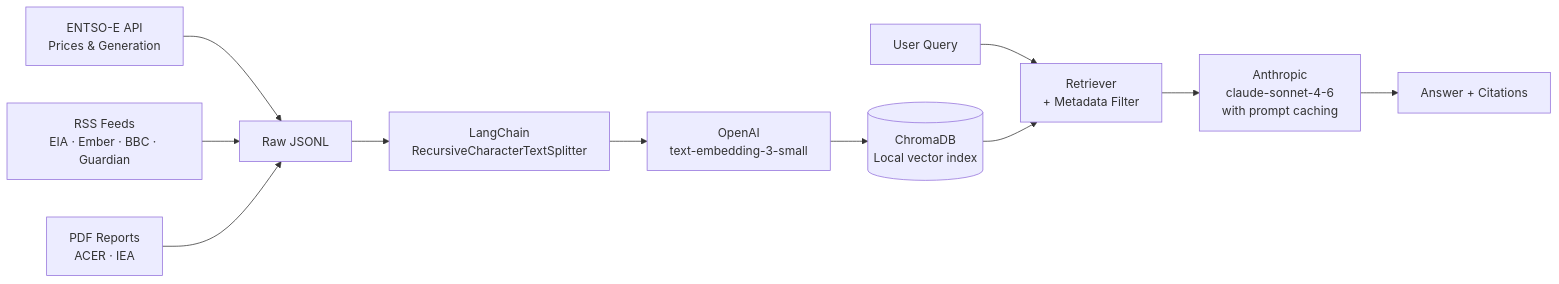
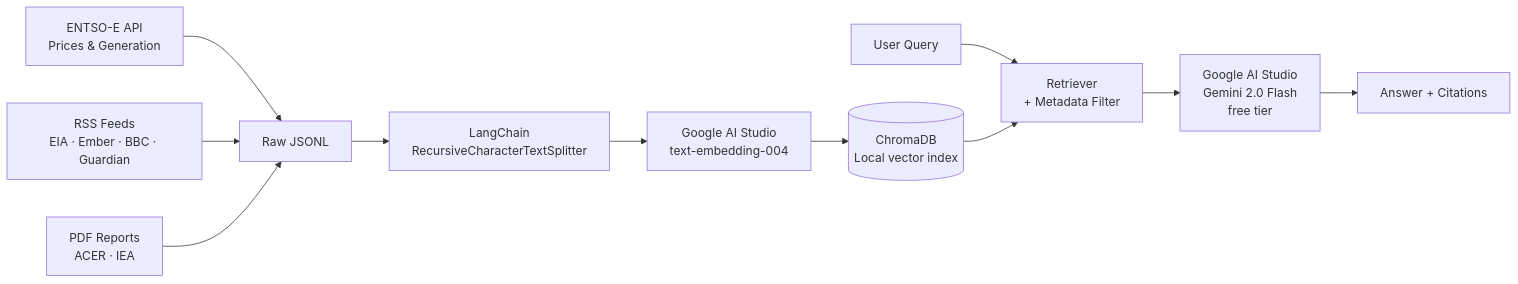
Before and after one commit to Nick-CLz/EuroPowerRAG: the diagram in README.md, drawn with Mermaid. The commit also changed other lines of this file and 5 other files, not shown here.

Commit message:
Switch to Google AI Studio free tier (Gemini 2.0 Flash + text-embedding-004)

````diff
--- a/README.md
+++ b/README.md
@@ -19,13 +19,13 @@
 ```mermaid
 graph LR
     A[ENTSO-E API<br/>Prices & Generation] --> D[Raw JSONL]
     B[RSS Feeds<br/>EIA · Ember · BBC · Guardian] --> D
     C[PDF Reports<br/>ACER · IEA] --> D
     D --> E[LangChain<br/>RecursiveCharacterTextSplitter]
-    E --> F[OpenAI<br/>text-embedding-3-small]
+    E --> F[Google AI Studio<br/>text-embedding-004]
     F --> G[(ChromaDB<br/>Local vector index)]
     H[User Query] --> I[Retriever<br/>+ Metadata Filter]
     G --> I
-    I --> J[Anthropic<br/>claude-sonnet-4-6<br/>with prompt caching]
+    I --> J[Google AI Studio<br/>Gemini 2.0 Flash<br/>free tier]
     J --> K[Answer + Citations]
 ```
````
